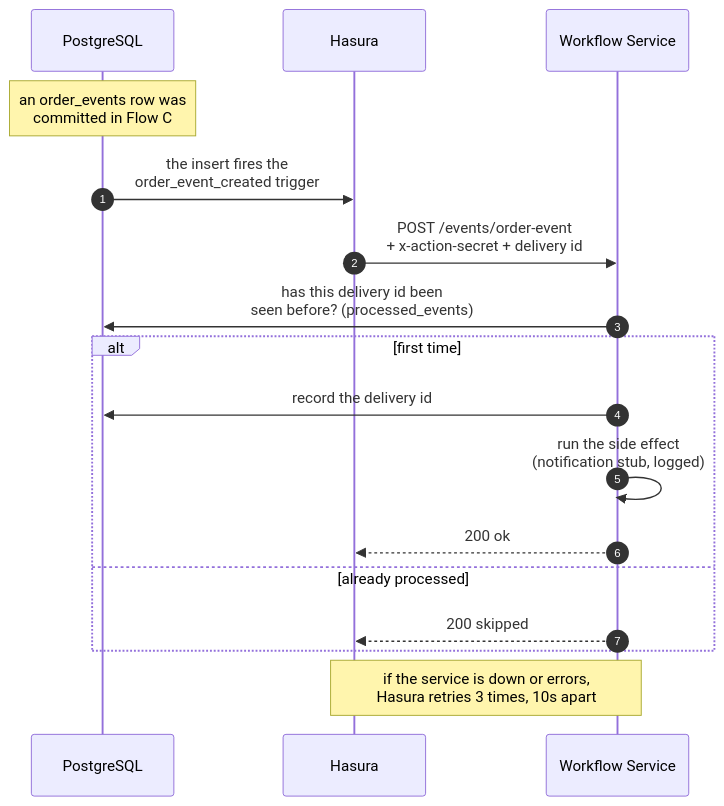
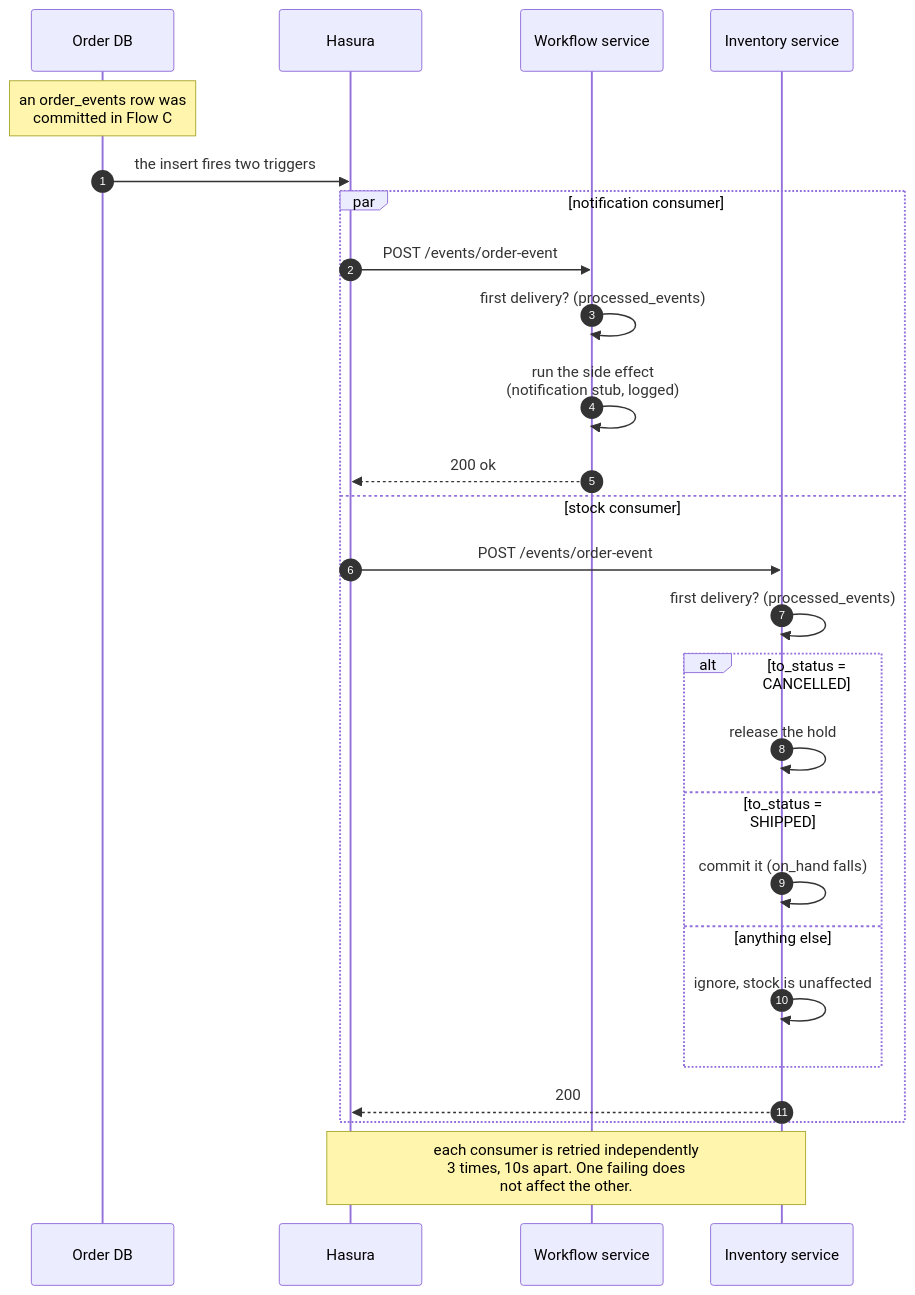
Diagram 11 of 16 in docs/ARCHITECTURE.md (harishbala1o/ecommerce-orderflow), drawn with Mermaid before and after one commit. The commit also changed other lines of this file and 12 other files, not shown here.

````diff
--- a/docs/ARCHITECTURE.md
+++ b/docs/ARCHITECTURE.md
@@ -710,20 +863,29 @@
 ```mermaid
 sequenceDiagram
     autonumber
-    participant D as PostgreSQL
+    participant D as Order DB
     participant H as Hasura
-    participant S as Workflow Service
+    participant S as Workflow service
+    participant I as Inventory service
 
     Note over D: an order_events row was<br/>committed in Flow C
-    D->>H: the insert fires the<br/>order_event_created trigger
-    H->>S: POST /events/order-event<br/>+ x-action-secret + delivery id
-    S->>D: has this delivery id been<br/>seen before? (processed_events)
-    alt first time
-        S->>D: record the delivery id
+    D->>H: the insert fires two triggers
+    par notification consumer
+        H->>S: POST /events/order-event
+        S->>S: first delivery? (processed_events)
         S->>S: run the side effect<br/>(notification stub, logged)
         S-->>H: 200 ok
-    else already processed
-        S-->>H: 200 skipped
+    and stock consumer
+        H->>I: POST /events/order-event
+        I->>I: first delivery? (processed_events)
+        alt to_status = CANCELLED
+            I->>I: release the hold
+        else to_status = SHIPPED
+            I->>I: commit it (on_hand falls)
+        else anything else
+            I->>I: ignore, stock is unaffected
+        end
+        I-->>H: 200
     end
-    Note over H,S: if the service is down or errors,<br/>Hasura retries 3 times, 10s apart
+    Note over H,I: each consumer is retried independently<br/>3 times, 10s apart. One failing does<br/>not affect the other.
 ```
````
